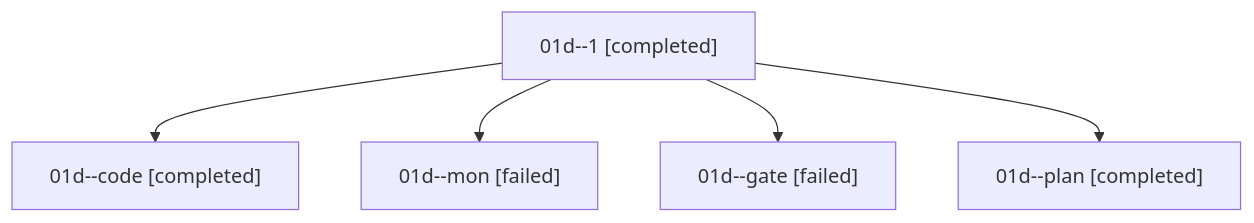
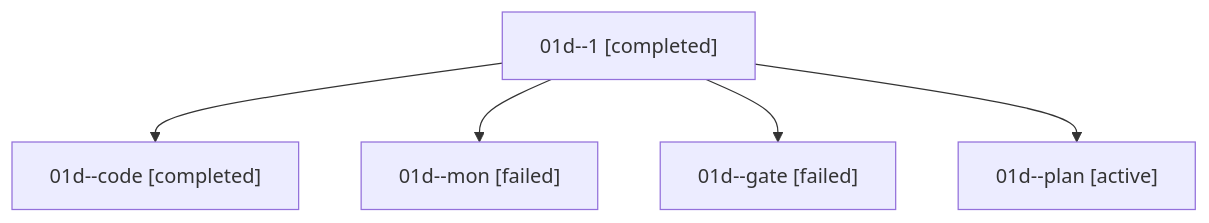
One commit to sase-org/sase--agents changed the diagram in families/bbugyi200.athena.01d.md. Above: the diagram before and after it, drawn with Mermaid. The commit also changed other lines of this file and 35830 other files, not shown here.

````diff
--- a/families/bbugyi200.athena.01d.md
+++ b/families/bbugyi200.athena.01d.md
@@ -9,12 +9,12 @@
 ```mermaid
 flowchart TD
   n0["01d--1 [completed]"]
   n1["01d--code [completed]"]
   n0 --> n1
   n2["01d--mon [failed]"]
   n0 --> n2
   n3["01d--gate [failed]"]
   n0 --> n3
-  n4["01d--plan [completed]"]
+  n4["01d--plan [active]"]
   n0 --> n4
 ```
````
